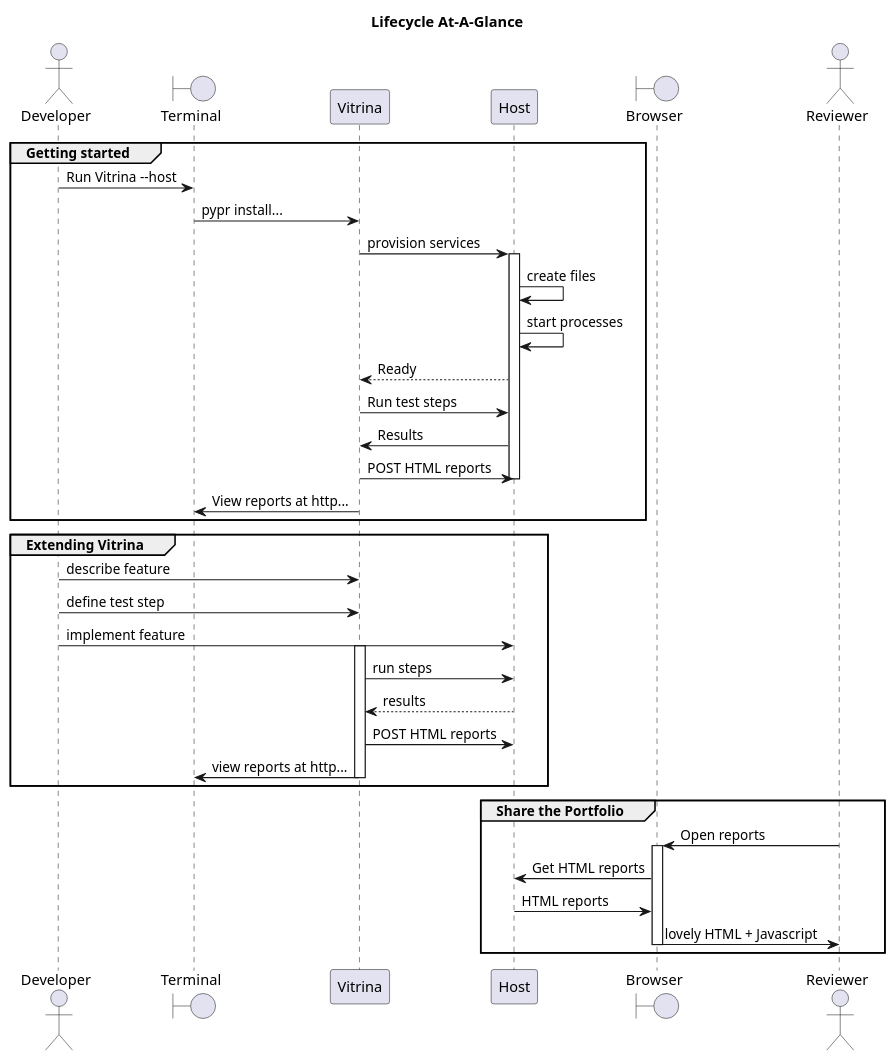
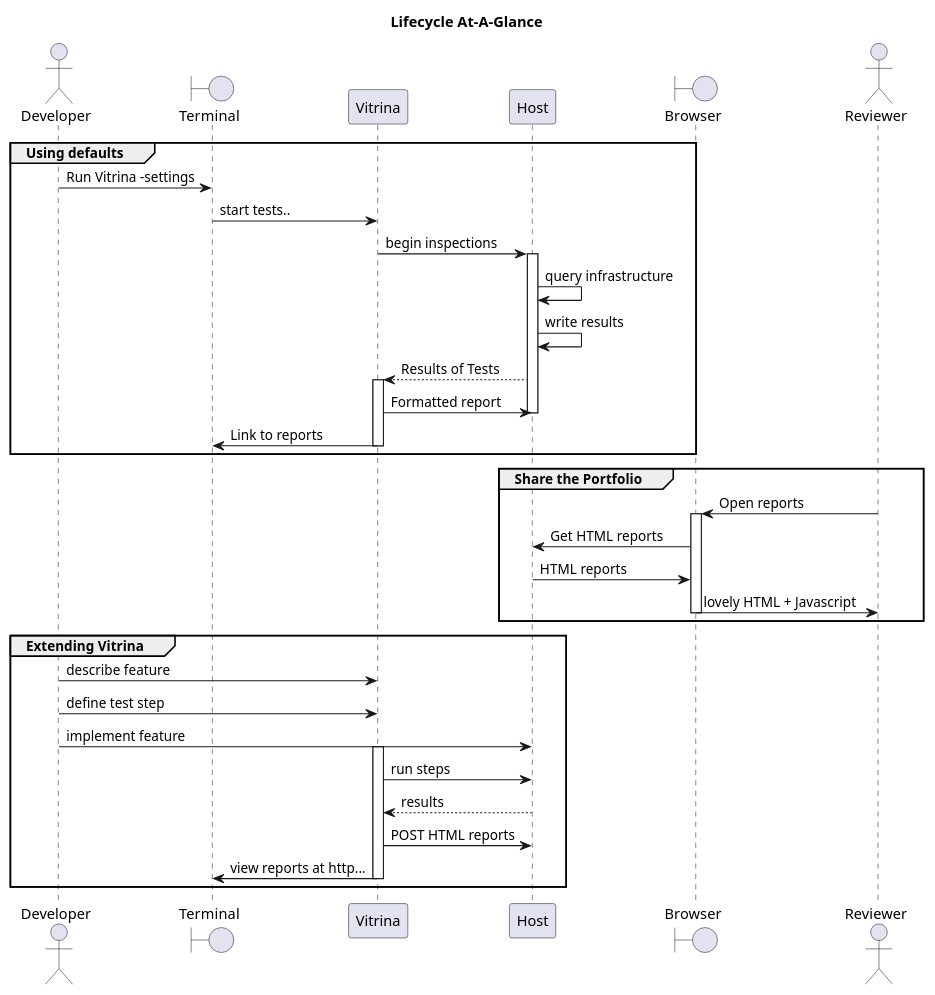
Before and after one commit to blaisep/vitrina-home: the diagram in docs/source/diagrams/seq_full_lifecycle.puml, drawn with PlantUML. The commit also changed 8 other files, not shown here.

Commit message:
Improve PlantUML sequence diagrams

```diff
--- a/docs/source/diagrams/seq_full_lifecycle.puml
+++ b/docs/source/diagrams/seq_full_lifecycle.puml
@@ -1,51 +1,54 @@
 @startuml
 ' !include https://raw.githubusercontent.com/bschwarz/puml-themes/master/themes/sketchy-outline/puml-theme-sketchy-outline.puml
 title "Lifecycle At-A-Glance"
 
 actor Developer
 boundary Terminal
 '----------------------
 
-group Getting started
-Developer -> Terminal : Run Vitrina --host
-Terminal -> Vitrina : pypr install...
-Vitrina -> Host : provision services
+group Using defaults
+Developer -> Terminal : Run Vitrina -settings
+Terminal -> Vitrina : start tests..
+Vitrina -> Host : begin inspections
     activate Host
-    Host -> Host : create files
-    Host -> Host : start processes
-    Host --> Vitrina : Ready
-    Vitrina -> Host : Run test steps
-    Host -> Vitrina : Results
-    Vitrina -> Host : POST HTML reports
+    Host -> Host : query infrastructure
+    Host -> Host : write results
+    Host --> Vitrina : Results of Tests
+
+    activate Vitrina
+    Vitrina -> Host : Formatted report
+    deactivate Host
+
+    Vitrina -> Terminal : Link to reports
+    deactivate Vitrina
+end group
+'----------------------
+
+group  Share the Portfolio
+boundary Browser
+actor Reviewer
+    Reviewer -> Browser : Open reports
+    activate Browser
+    Browser -> Host : Get HTML reports
+    Host -> Browser : HTML reports
+    Browser -> Reviewer : lovely HTML + Javascript
     deactivate
-Vitrina -> Terminal : View reports at http...
 end group
 '----------------------
 
 group Extending Vitrina
 
 Developer -> Vitrina : describe feature
 Developer  ->  Vitrina : define test step
 Developer -> Host : implement feature
 
     activate Vitrina
     Vitrina -> Host : run steps
     Host --> Vitrina : results
     Vitrina -> Host : POST HTML reports
     Vitrina -> Terminal : view reports at http...
     deactivate Vitrina
 
 end group
-'----------------------
 
-group  Share the Portfolio
-boundary Browser
-actor Reviewer
-    Reviewer -> Browser : Open reports
-    activate Browser
-    Browser -> Host : Get HTML reports
-    Host -> Browser : HTML reports
-    Browser -> Reviewer : lovely HTML + Javascript
-    deactivate
-end group
 @enduml
```
